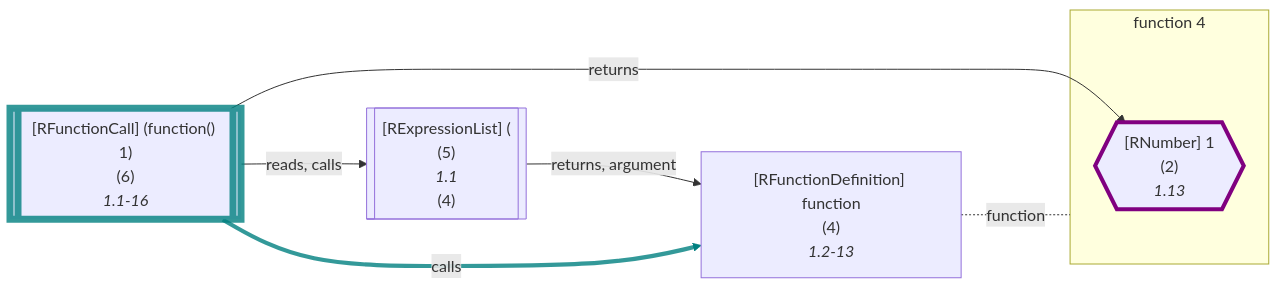
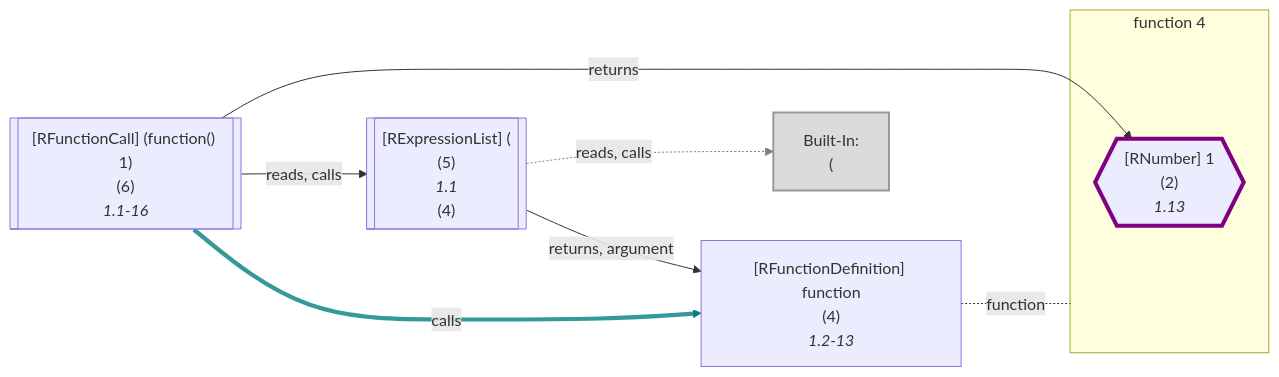
Before and after one commit to flowr-analysis/flowr: diagram 15 of 51 in wiki/Dataflow Graph.md, drawn with Mermaid. The commit also changed other lines of this file and 339 other files, not shown here.

````diff
--- a/wiki/Dataflow Graph.md
+++ b/wiki/Dataflow Graph.md
@@ -2238,28 +2415,32 @@
 ```mermaid
 flowchart LR
     4["`#91;RFunctionDefinition#93; function
       (4)
       *1.2-13*`"]
 
 subgraph "flow-4" [function 4]
     2{{"`#91;RNumber#93; 1
       (2)
       *1.13*`"}}
     style 2 stroke:purple,stroke-width:4px; 
 end
     5[["`#91;RExpressionList#93; (
       (5)
       *1.1*
     (4)`"]]
+    built-in:_["`Built-In:
+(`"]
+    style built-in:_ stroke:gray,fill:lightgray,stroke-width:2px,opacity:.8;
     6[["`#91;RFunctionCall#93; (function() 1)
       (6)
       *1.1-16*`"]]
-    style 6 stroke:teal,stroke-width:7px,stroke-opacity:.8; 
 4 -.-|function| flow-4
 
     5 -->|"returns, argument"| 4
+    5 -.->|"reads, calls"| built-in:_
+    linkStyle 2 stroke:gray;
     6 -->|"reads, calls"| 5
     6 -->|"returns"| 2
     6 -->|"calls"| 4
-    linkStyle 4 stroke:teal,stroke-width:4.2px,stroke-opacity:.8
+    linkStyle 5 stroke:teal,stroke-width:4.2px,stroke-opacity:.8
 ```
````
